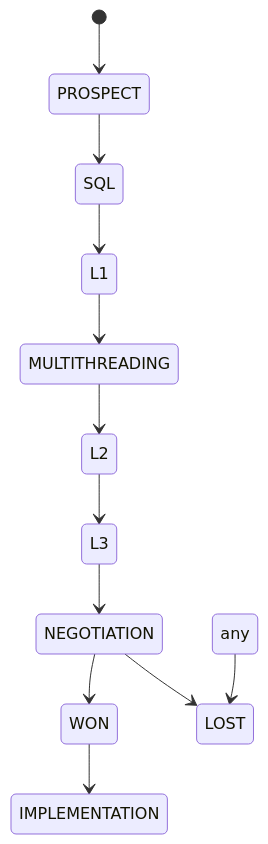
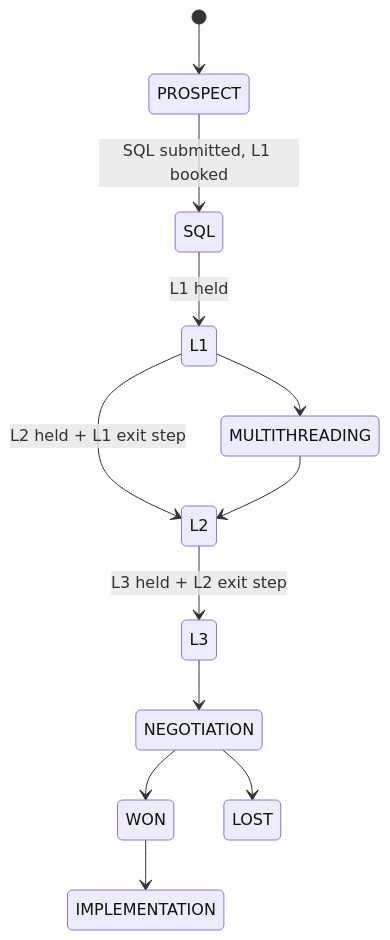
One commit to Isodynamicakash/Crm_Prosperr_backend changed the seventh of 7 diagrams in README.md. Above: the diagram before and after it, drawn with Mermaid. The commit also changed other lines of this file, not shown here.

````diff
--- a/README.md
+++ b/README.md
@@ -515,14 +292,14 @@
 ```mermaid
 stateDiagram-v2
   [*] --> PROSPECT
-  PROSPECT --> SQL
-  SQL --> L1
+  PROSPECT --> SQL: SQL submitted, L1 booked
+  SQL --> L1: L1 held
   L1 --> MULTITHREADING
+  L1 --> L2: L2 held + L1 exit step
   MULTITHREADING --> L2
-  L2 --> L3
+  L2 --> L3: L3 held + L2 exit step
   L3 --> NEGOTIATION
   NEGOTIATION --> WON
+  WON --> IMPLEMENTATION
   NEGOTIATION --> LOST
-  WON --> IMPLEMENTATION
-  any --> LOST
 ```
````
